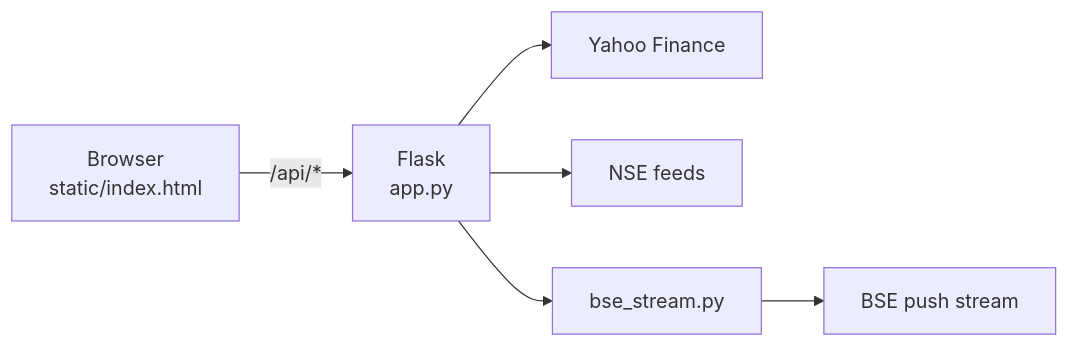
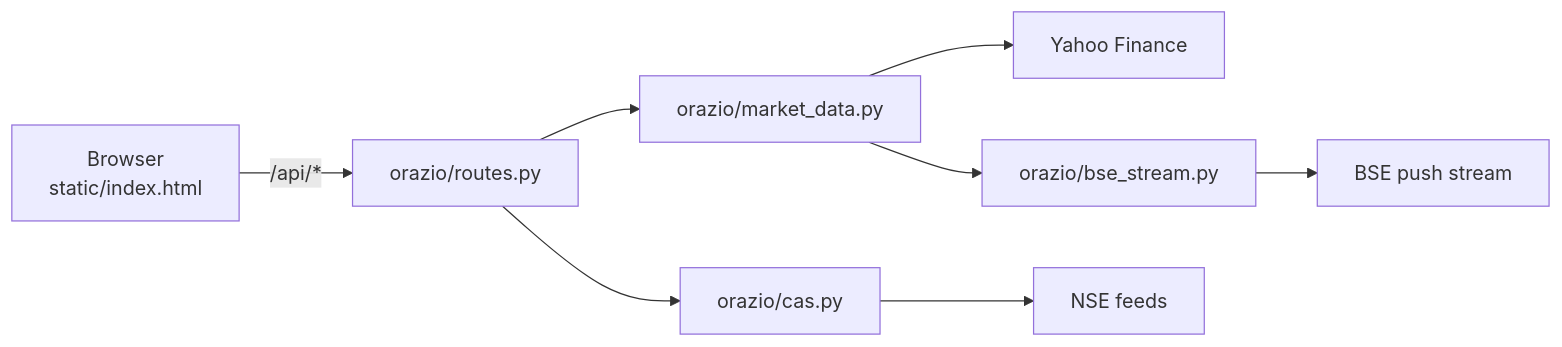
The diagram in README.md (prathamkul007-max/trading-view-self-host), drawn with Mermaid before and after one commit. The commit also changed other lines of this file and 33 other files, not shown here.

````diff
--- a/README.md
+++ b/README.md
@@ -43,7 +43,7 @@
 ```mermaid
 flowchart LR
-    B["Browser<br/>static/index.html"] -- "/api/*" --> F["Flask<br/>app.py"]
-    F --> Y["Yahoo Finance"]
-    F --> N["NSE feeds"]
-    F --> S["bse_stream.py"] --> BSE["BSE push stream"]
+    B["Browser<br/>static/index.html"] -- "/api/*" --> R["orazio/routes.py"]
+    R --> M["orazio/market_data.py"] --> Y["Yahoo Finance"]
+    R --> C["orazio/cas.py"] --> N["NSE feeds"]
+    M --> S["orazio/bse_stream.py"] --> BSE["BSE push stream"]
 ```
````
